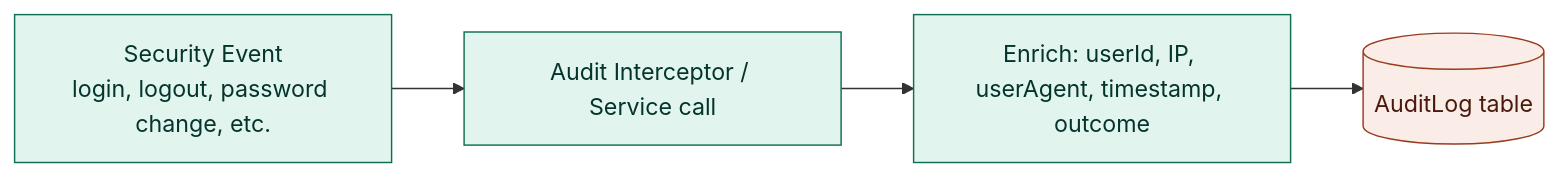
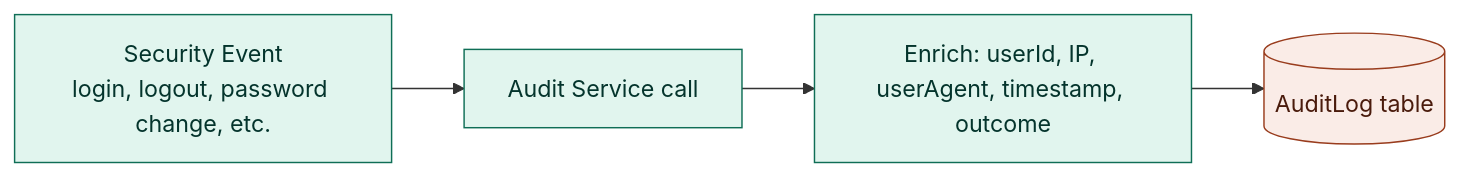
Before and after one commit to ahmedmedhat-se/authentication-gateway: the ninth of 10 diagrams in README.md, drawn with Mermaid. The commit also changed other lines of this file, not shown here.

````diff
--- a/README.md
+++ b/README.md
@@ -551,9 +608,9 @@
 ```mermaid
 flowchart LR
-    Event[Security Event<br/>login, logout, password change, etc.]:::step --> Interceptor[Audit Interceptor / Service call]:::step
+    Event[Security Event<br/>login, logout, password change, etc.]:::step --> Interceptor[Audit Service call]:::step
     Interceptor --> Enrich[Enrich: userId, IP, userAgent, timestamp, outcome]:::step
     Enrich --> DB[(AuditLog table)]:::store
 
     classDef step fill:#E1F5EE,stroke:#0F6E56,color:#04342C;
     classDef store fill:#FAECE7,stroke:#993C1D,color:#4A1B0C;
 ```
````
